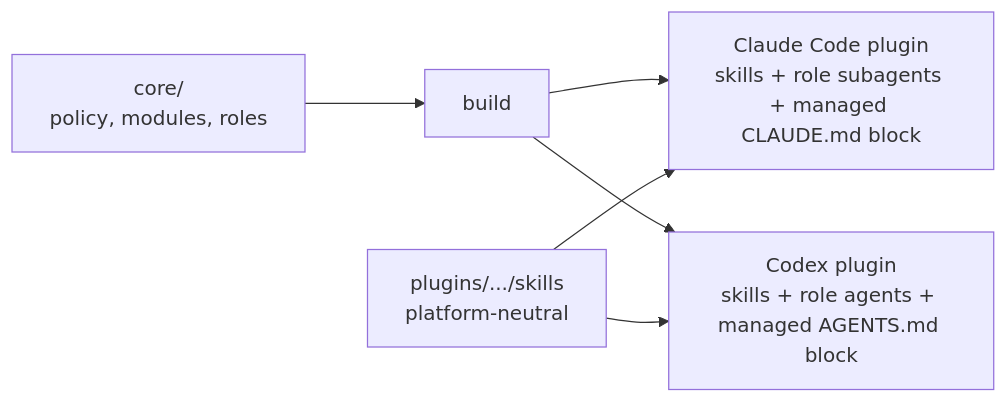
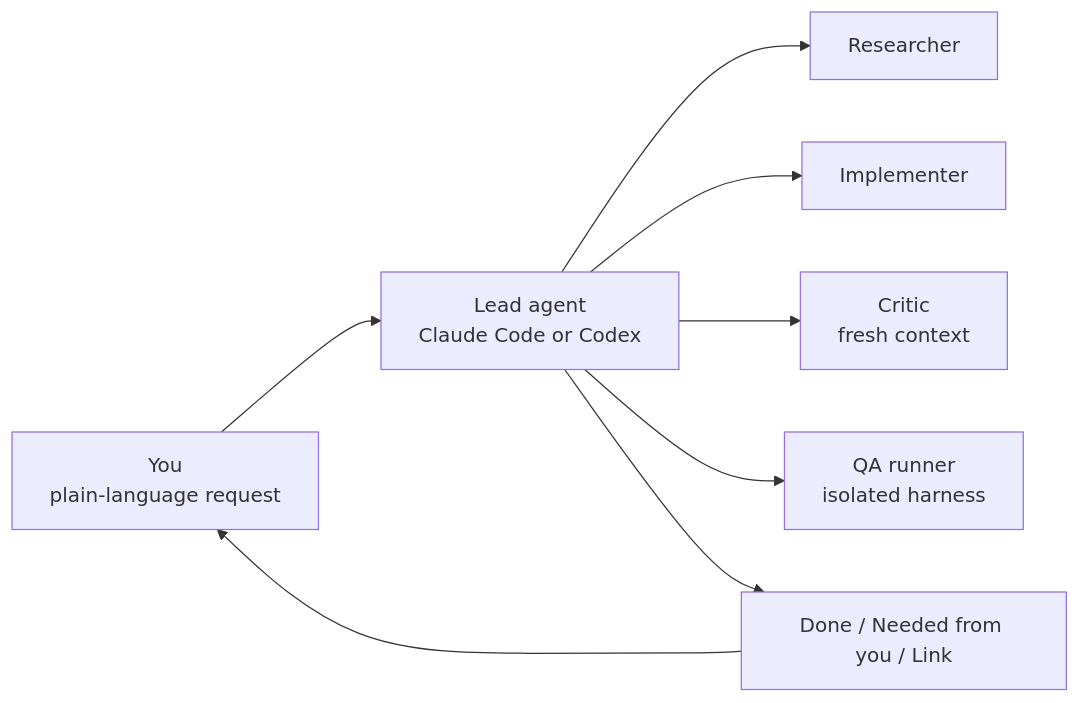
Before and after one commit to ottoinator/human-agent-process: the diagram in README.md, drawn with Mermaid. The commit also changed other lines of this file and 8 other files, not shown here.

````diff
--- a/README.md
+++ b/README.md
@@ -9,8 +112,10 @@
 ```mermaid
 flowchart LR
-  core["core/<br/>policy, modules, roles"] --> build["build"]
-  build --> claude["Claude Code plugin<br/>skills + role subagents + managed CLAUDE.md block"]
-  build --> codex["Codex plugin<br/>skills + role agents + managed AGENTS.md block"]
-  skills["plugins/.../skills<br/>platform-neutral"] --> claude
-  skills --> codex
+  you["You<br/>plain-language request"] --> lead["Lead agent<br/>Claude Code or Codex"]
+  lead --> researcher["Researcher"]
+  lead --> implementer["Implementer"]
+  lead --> critic["Critic<br/>fresh context"]
+  lead --> qa["QA runner<br/>isolated harness"]
+  lead --> report["Done / Needed from you / Link"]
+  report --> you
 ```
````
